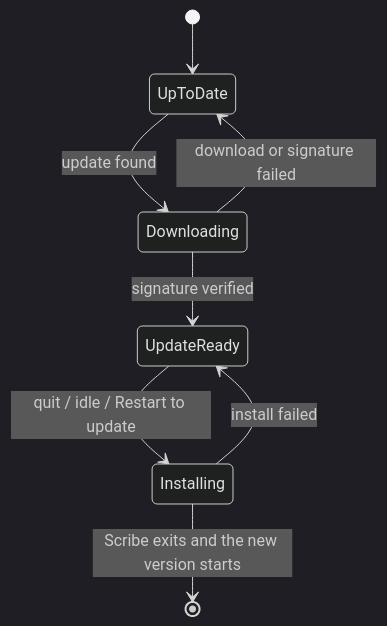
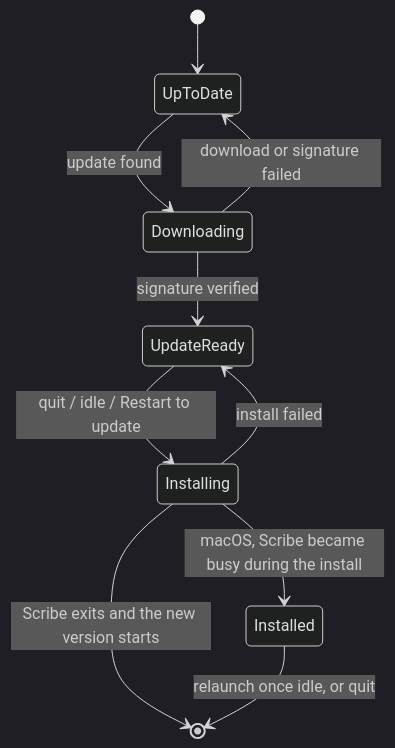
The first of 4 diagrams in docs/specs/008-chrome-like-auto-update.md (incubyte/scribe), drawn with Mermaid (dark theme) before and after one commit. The commit also changed other lines of this file and 4 other files, not shown here.

````diff
--- a/docs/specs/008-chrome-like-auto-update.md
+++ b/docs/specs/008-chrome-like-auto-update.md
@@ -65,10 +66,12 @@
 ```mermaid
 stateDiagram-v2
   [*] --> UpToDate
   UpToDate --> Downloading: update found
   Downloading --> UpdateReady: signature verified
   Downloading --> UpToDate: download or signature failed
   UpdateReady --> Installing: quit / idle / Restart to update
   Installing --> [*]: Scribe exits and the new version starts
+  Installing --> Installed: macOS, Scribe became busy during the install
+  Installed --> [*]: relaunch once idle, or quit
   Installing --> UpdateReady: install failed
 ```
````
